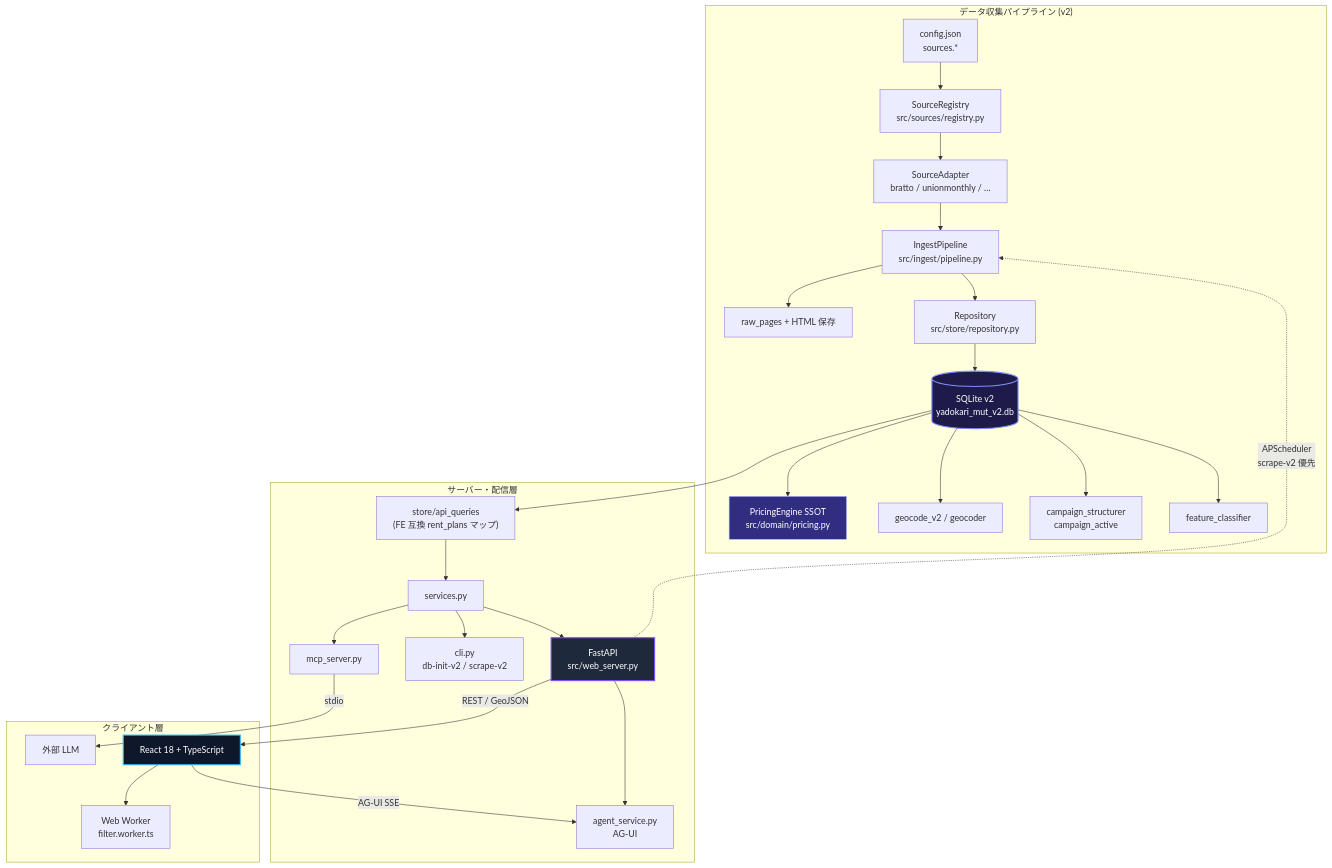
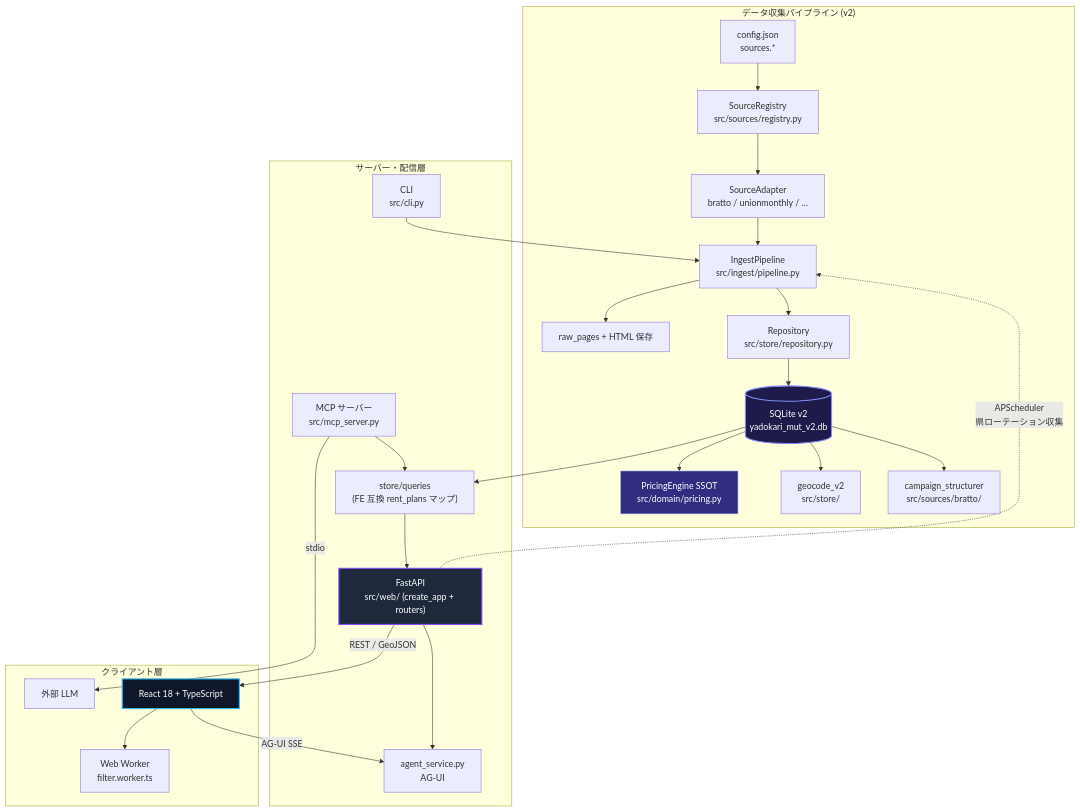
One commit to 0-a-e/yadokariMut changed the first of 2 diagrams in README.md. Above: the diagram before and after it, drawn with Mermaid. The commit also changed other lines of this file and 301 other files, not shown here.

````diff
--- a/README.md
+++ b/README.md
@@ -149,37 +155,35 @@
 ```mermaid
 graph TD
     subgraph Ingest ["データ収集パイプライン (v2)"]
         Config["config.json\nsources.*"] --> Registry["SourceRegistry\nsrc/sources/registry.py"]
         Registry --> Adapters["SourceAdapter\nbratto / unionmonthly / …"]
         Adapters --> Pipeline["IngestPipeline\nsrc/ingest/pipeline.py"]
         Pipeline --> Raw["raw_pages + HTML 保存"]
         Pipeline --> Repo["Repository\nsrc/store/repository.py"]
         Repo --> DBv2[("SQLite v2\nyadokari_mut_v2.db")]
         DBv2 --> Pricing["PricingEngine SSOT\nsrc/domain/pricing.py"]
-        DBv2 --> Geo["geocode_v2 / geocoder"]
-        DBv2 --> Campaign["campaign_structurer\ncampaign_active"]
-        DBv2 --> Feature["feature_classifier"]
+        DBv2 --> Geo["geocode_v2\nsrc/store/"]
+        DBv2 --> Campaign["campaign_structurer\nsrc/sources/bratto/"]
     end
 
     subgraph Server ["サーバー・配信層"]
-        DBv2 --> ApiQ["store/api_queries\n(FE 互換 rent_plans マップ)"]
-        ApiQ --> Services["services.py"]
-        Services --> API["FastAPI\nsrc/web_server.py"]
-        Services --> CLI["cli.py\ndb-init-v2 / scrape-v2"]
-        Services --> MCP["mcp_server.py"]
+        DBv2 --> ApiQ["store/queries\n(FE 互換 rent_plans マップ)"]
+        ApiQ --> API["FastAPI\nsrc/web/ (create_app + routers)"]
         API --> Agent["agent_service.py\nAG-UI"]
-        API -.->|APScheduler\nscrape-v2 優先| Pipeline
+        API -.->|APScheduler\n県ローテーション収集| Pipeline
+        CLI["CLI\nsrc/cli.py"] --> Pipeline
+        MCP["MCP サーバー\nsrc/mcp_server.py"] --> ApiQ
     end
 
     subgraph Client ["クライアント層"]
         MCP -->|stdio| ExtLLM["外部 LLM"]
         API -->|REST / GeoJSON| ReactApp["React 18 + TypeScript"]
         ReactApp -->|AG-UI SSE| Agent
         ReactApp --> Worker["Web Worker\nfilter.worker.ts"]
     end
 
     style DBv2 fill:#1e1b4b,stroke:#818cf8,stroke-width:2px,color:#fff
     style Pricing fill:#312e81,stroke:#a5b4fc,stroke-width:1px,color:#fff
     style ReactApp fill:#0f172a,stroke:#38bdf8,stroke-width:2px,color:#fff
     style API fill:#1e293b,stroke:#854dff,stroke-width:2px,color:#fff
 ```
````
